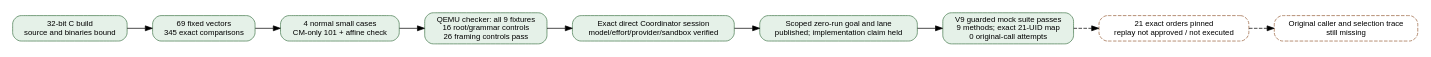
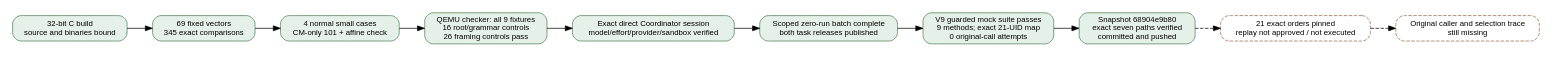
Before and after one commit to aburan28/crypto-autoresearcher: the diagram in research/nist_seed_ecpp_compat_20261024/admission.dot, drawn with Graphviz. The commit also changed 11 other files, not shown here.

```diff
--- a/research/nist_seed_ecpp_compat_20261024/admission.dot
+++ b/research/nist_seed_ecpp_compat_20261024/admission.dot
@@ -1,15 +1,16 @@
 digraph Admission {
   graph [rankdir=LR,bgcolor="white",fontname="Helvetica",pad="0.15"];
   node [shape=box,style="rounded,filled",fillcolor="#e5f1e8",color="#457a4e",fontname="Helvetica",fontsize=11];
   build [label="32-bit C build\nsource and binaries bound"];
   arithmetic [label="69 fixed vectors\n345 exact comparisons"];
   small [label="4 normal small cases\nCM-only 101 + affine check"];
   checker [label="QEMU checker: all 9 fixtures\n16 root/grammar controls\n26 framing controls pass",fillcolor="#e5f1e8",color="#457a4e"];
   coordinator [label="Exact direct Coordinator session\nmodel/effort/provider/sandbox verified"];
-  lane [label="Scoped zero-run goal and lane\npublished; implementation claim held"];
+  lane [label="Scoped zero-run batch complete\nboth task releases published"];
   implementation [label="V9 guarded mock suite passes\n9 methods; exact 21-UID map\n0 original-call attempts"];
+  archive [label="Snapshot 68904e9b80\nexact seven paths verified\ncommitted and pushed"];
   cohort [label="21 exact orders pinned\nreplay not approved / not executed",style="rounded,dashed",fillcolor="white",color="#99613c"];
   history [label="Original caller and selection trace\nstill missing",style="rounded,dashed",fillcolor="white",color="#99613c"];
   build -> arithmetic; arithmetic -> small; small -> checker;
-  checker -> coordinator; coordinator -> lane; lane -> implementation; implementation -> cohort [style=dashed];cohort -> history [style=dashed];
+  checker -> coordinator; coordinator -> lane; lane -> implementation; implementation -> archive; archive -> cohort [style=dashed];cohort -> history [style=dashed];
 }
```
